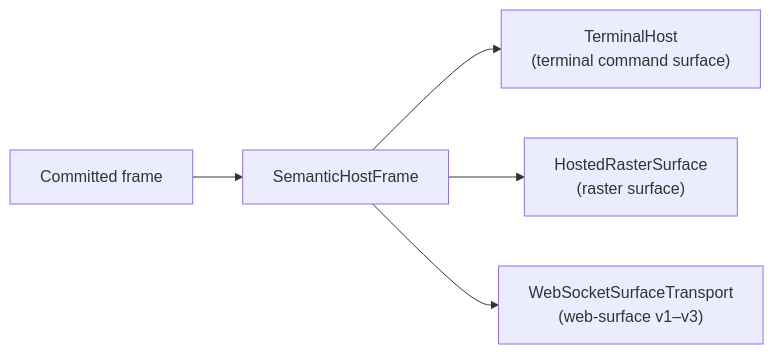
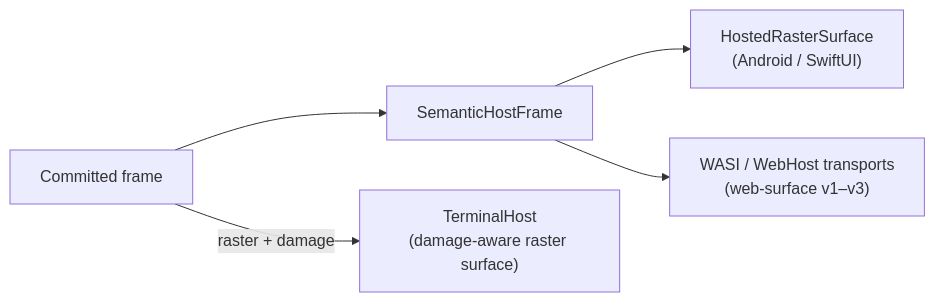
The second of 3 diagrams in docs/HOSTS-AND-PLATFORMS.md (SwiftTUI/swift-tui), drawn with Mermaid before and after one commit. The commit also changed other lines of this file and 17 other files, not shown here.

````diff
--- a/docs/HOSTS-AND-PLATFORMS.md
+++ b/docs/HOSTS-AND-PLATFORMS.md
@@ -80,9 +133,9 @@
 ```mermaid
 flowchart LR
     commit["Committed frame"]
     shf["SemanticHostFrame"]
+    commit -->|raster + damage| t["TerminalHost<br/>(damage-aware raster surface)"]
     commit --> shf
-    shf --> t["TerminalHost<br/>(terminal command surface)"]
-    shf --> r["HostedRasterSurface<br/>(raster surface)"]
-    shf --> w["WebSocketSurfaceTransport<br/>(web-surface v1–v3)"]
+    shf --> r["HostedRasterSurface<br/>(Android / SwiftUI)"]
+    shf --> w["WASI / WebHost transports<br/>(web-surface v1–v3)"]
 ```
````
